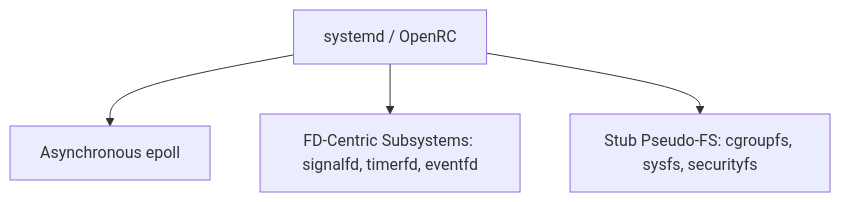
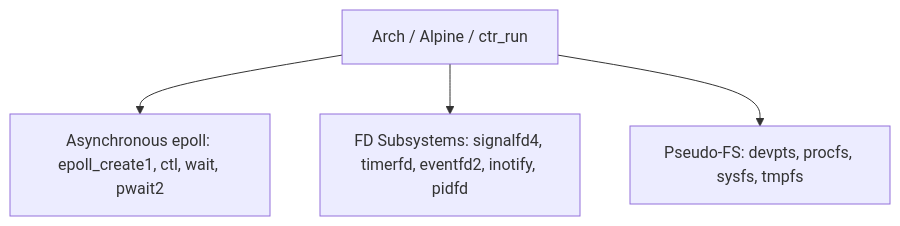
Before and after one commit to Kontsnor/KontsnorOS: the third of 6 diagrams in docs/roadmap.md, drawn with Mermaid. The commit also changed other lines of this file and 3 other files, not shown here.

````diff
--- a/docs/roadmap.md
+++ b/docs/roadmap.md
@@ -81,6 +89,6 @@
 ```mermaid
 flowchart TD
-    Init[systemd / OpenRC] --> Multiplexing[Asynchronous epoll]
-    Init --> FD_Subsystems[FD-Centric Subsystems: signalfd, timerfd, eventfd]
-    Init --> Pseudo_FS[Stub Pseudo-FS: cgroupfs, sysfs, securityfs]
+    Init[Arch / Alpine / ctr_run] --> Multiplexing[Asynchronous epoll: epoll_create1, ctl, wait, pwait2]
+    Init --> FD_Subsystems[FD Subsystems: signalfd4, timerfd, eventfd2, inotify, pidfd]
+    Init --> Pseudo_FS[Pseudo-FS: devpts, procfs, sysfs, tmpfs]
 ```
````
